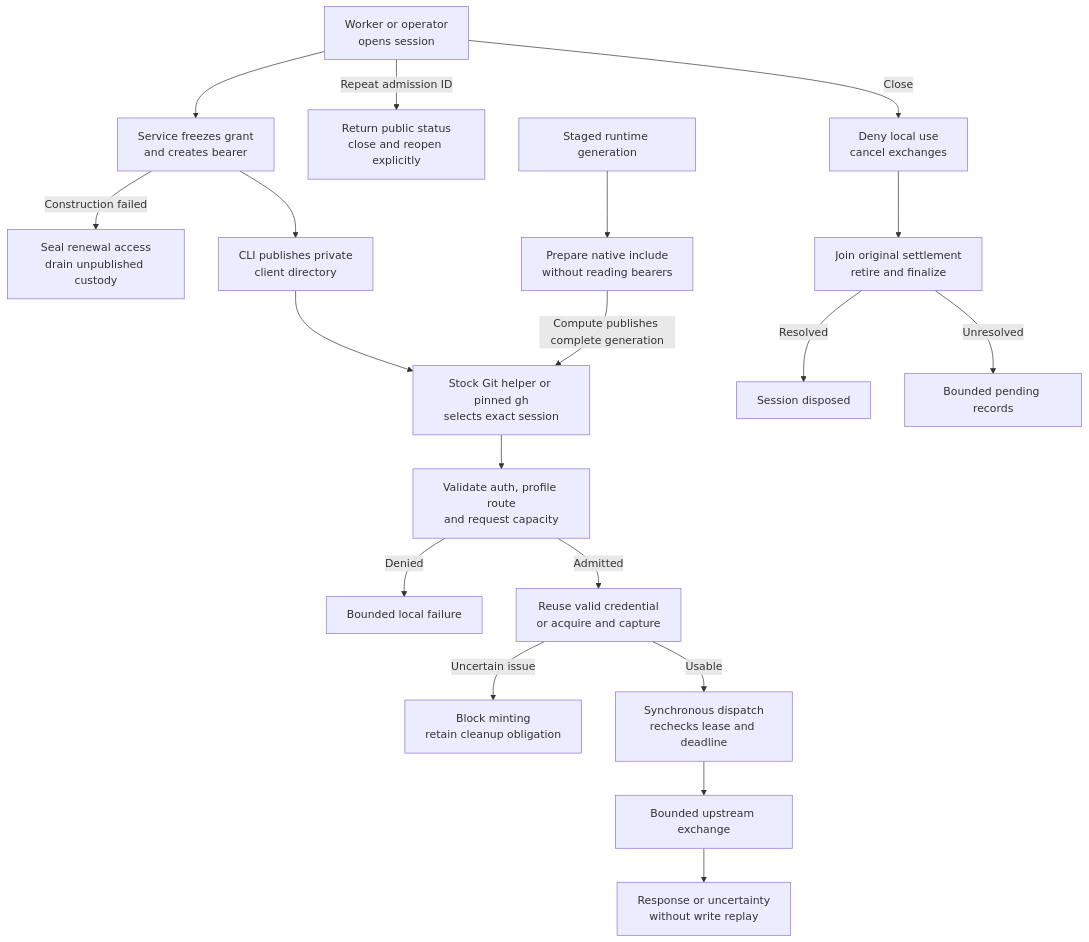
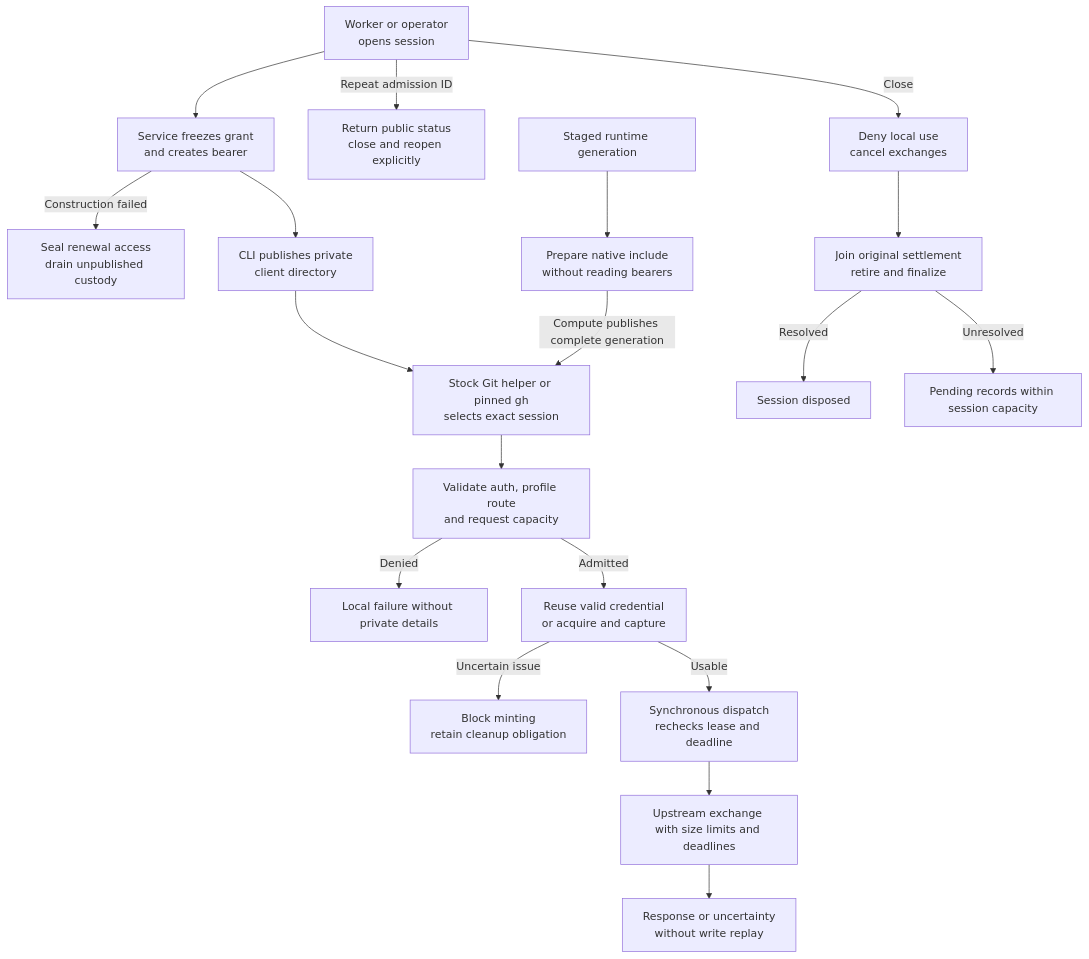
One commit to openclaw/openclaw-enterprise changed the diagram in docs/flows/repository-credentials.md. Above: the diagram before and after it, drawn with Mermaid. The commit also changed other lines of this file and 198 other files, not shown here.

````diff
--- a/docs/flows/repository-credentials.md
+++ b/docs/flows/repository-credentials.md
@@ -28,21 +29,21 @@
 ```mermaid
 graph TD
   Operator["Worker or operator<br/>opens session"] --> Admission["Service freezes grant<br/>and creates bearer"]
   Admission -->|Construction failed| ConstructionCleanup["Seal renewal access<br/>drain unpublished custody"]
   Operator -->|Repeat admission ID| Recovery["Return public status<br/>close and reopen explicitly"]
   Admission --> Files["CLI publishes private<br/>client directory"]
   Files --> Client["Stock Git helper or pinned gh<br/>selects exact session"]
   Staged["Staged runtime generation"] --> Native["Prepare native include<br/>without reading bearers"]
   Native -->|Compute publishes complete generation| Client
   Client --> Route["Validate auth, profile route<br/>and request capacity"]
-  Route -->|Denied| Denial["Bounded local failure"]
+  Route -->|Denied| Denial["Local failure without private details"]
   Route -->|Admitted| Credential["Reuse valid credential<br/>or acquire and capture"]
   Credential -->|Uncertain issue| Blocked["Block minting<br/>retain cleanup obligation"]
   Credential -->|Usable| Gate["Synchronous dispatch<br/>rechecks lease and deadline"]
-  Gate --> Upstream["Bounded upstream exchange"]
+  Gate --> Upstream["Upstream exchange with size limits and deadlines"]
   Upstream --> Result["Response or uncertainty<br/>without write replay"]
   Operator -->|Close| Closed["Deny local use<br/>cancel exchanges"]
   Closed --> Cleanup["Join original settlement<br/>retire and finalize"]
   Cleanup -->|Resolved| Disposed["Session disposed"]
-  Cleanup -->|Unresolved| Pending["Bounded pending records"]
+  Cleanup -->|Unresolved| Pending["Pending records within session capacity"]
 ```
````
